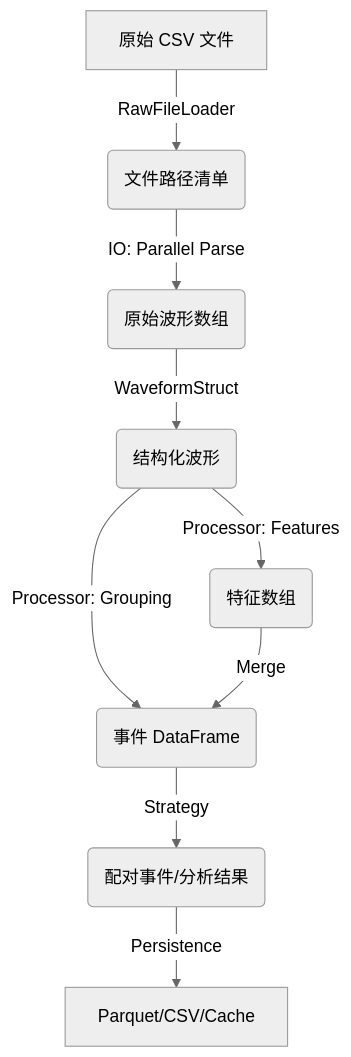
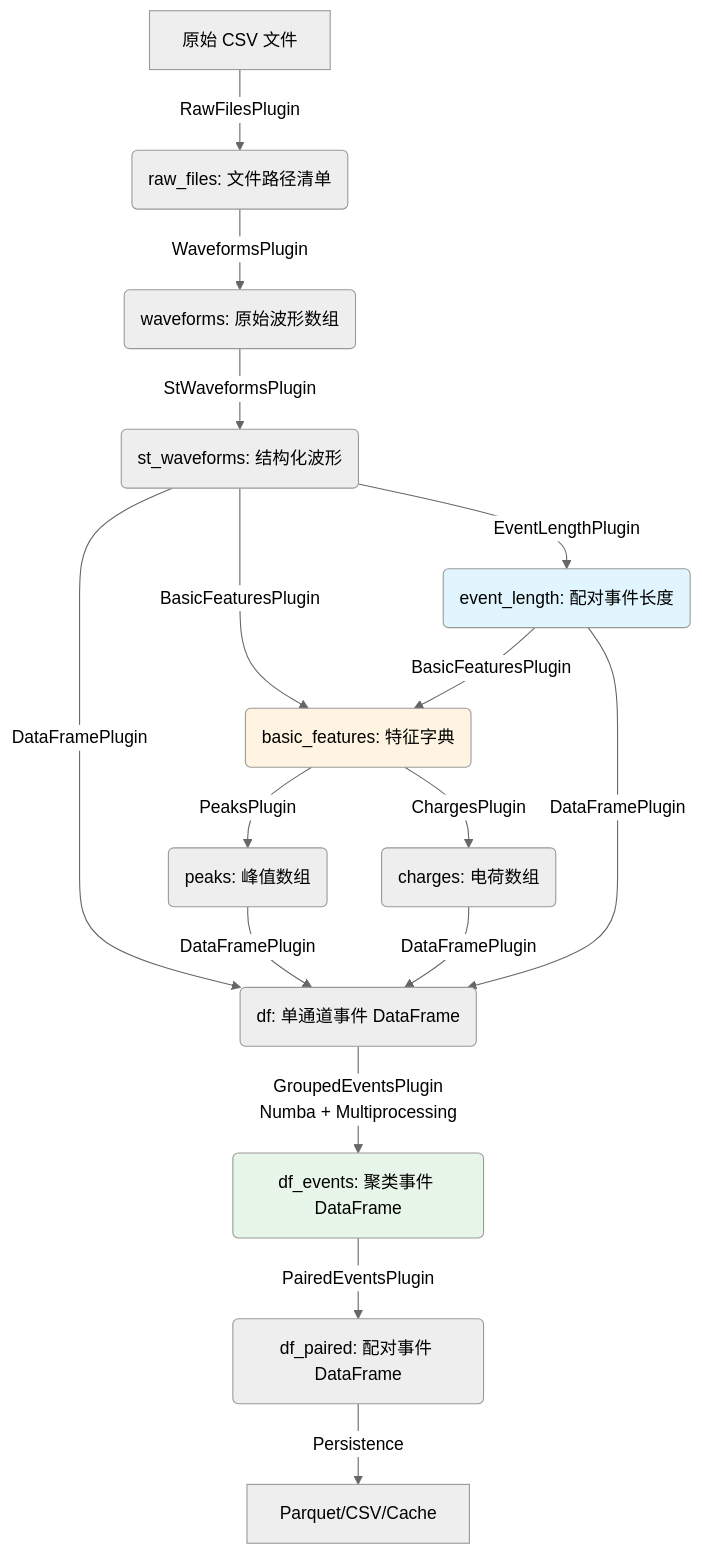
The diagram in docs/ARCHITECTURE.md (SnowingWolf/WaveformAnalysis), drawn with Mermaid (neutral theme) before and after one commit. The commit also changed other lines of this file and 60 other files, not shown here.

````diff
--- a/docs/ARCHITECTURE.md
+++ b/docs/ARCHITECTURE.md
@@ -94,11 +175,22 @@
 ```mermaid
 graph TD
-    A[原始 CSV 文件] -->|RawFileLoader| B(文件路径清单)
-    B -->|IO: Parallel Parse| C(原始波形数组)
-    C -->|WaveformStruct| D(结构化波形)
-    D -->|Processor: Features| E(特征数组)
-    D -->|Processor: Grouping| F(事件 DataFrame)
-    E -->|Merge| F
-    F -->|Strategy| G(配对事件/分析结果)
-    G -->|Persistence| H[Parquet/CSV/Cache]
+    A[原始 CSV 文件] -->|RawFilesPlugin| B(raw_files: 文件路径清单)
+    B -->|WaveformsPlugin| C(waveforms: 原始波形数组)
+    C -->|StWaveformsPlugin| D(st_waveforms: 结构化波形)
+    D -->|EventLengthPlugin| E(event_length: 配对事件长度)
+    D -->|BasicFeaturesPlugin| F(basic_features: 特征字典)
+    E -->|BasicFeaturesPlugin| F
+    F -->|PeaksPlugin| G(peaks: 峰值数组)
+    F -->|ChargesPlugin| H(charges: 电荷数组)
+    D -->|DataFramePlugin| I(df: 单通道事件 DataFrame)
+    G -->|DataFramePlugin| I
+    H -->|DataFramePlugin| I
+    E -->|DataFramePlugin| I
+    I -->|GroupedEventsPlugin<br/>Numba + Multiprocessing| J(df_events: 聚类事件 DataFrame)
+    J -->|PairedEventsPlugin| K(df_paired: 配对事件 DataFrame)
+    K -->|Persistence| L[Parquet/CSV/Cache]
+    
+    style E fill:#e1f5ff
+    style F fill:#fff4e1
+    style J fill:#e8f5e9
 ```
````
